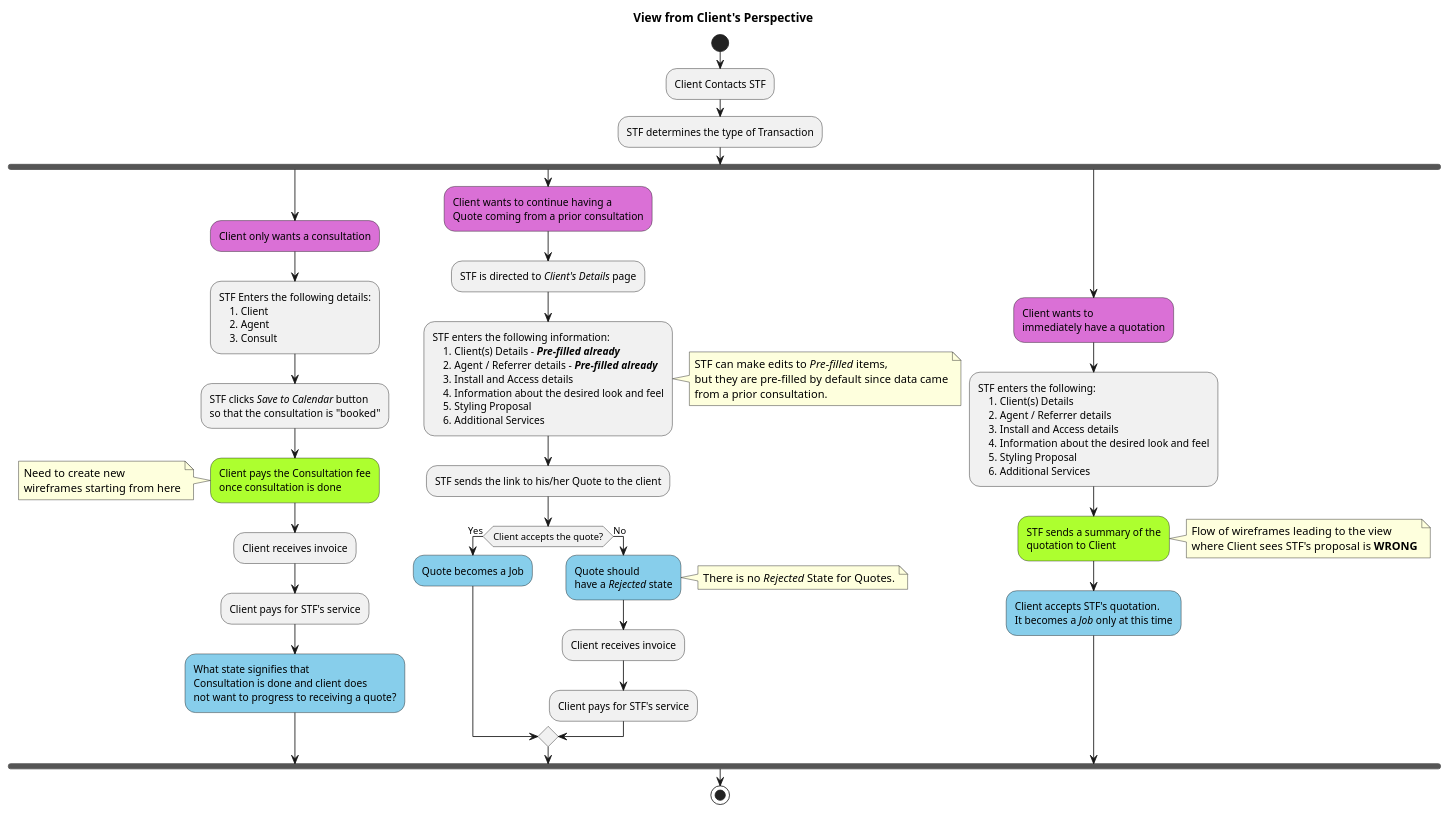
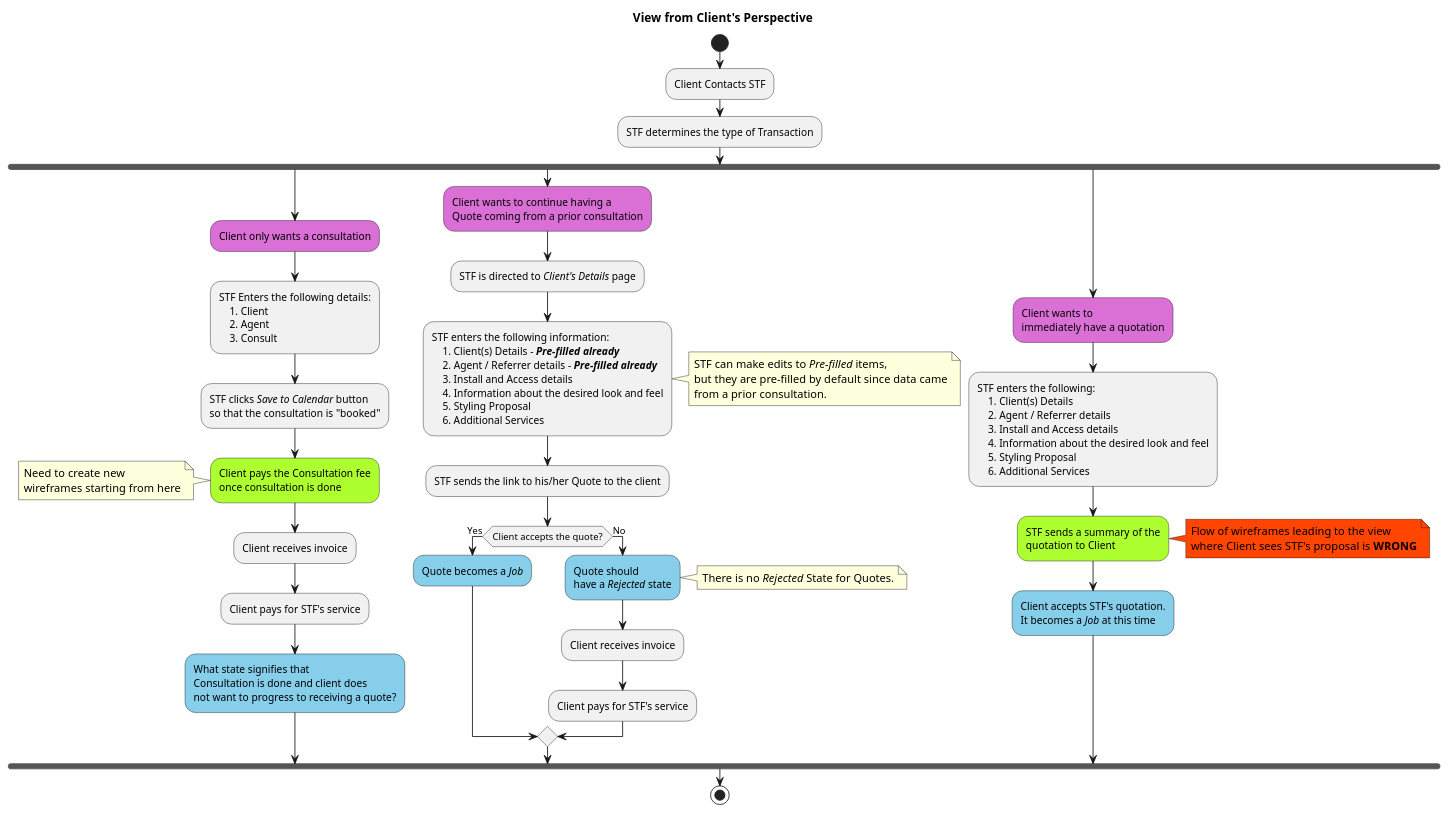
One commit to jpgacrama/NovariSpecs changed the diagram in Client/Client_HighLevelFlow.pu. Above: the diagram before and after it, drawn with PlantUML.

Commit message:
Gave emphasis to some states from Client POV

```diff
--- a/Client/Client_HighLevelFlow.pu
+++ b/Client/Client_HighLevelFlow.pu
@@ -7,89 +7,89 @@
 @startuml
     title View from Client's Perspective
     start
     :Client Contacts STF;
     :STF determines the type of Transaction;
 
     fork
         #Orchid:Client only wants a consultation;
         :STF Enters the following details:
             1. Client
             2. Agent
             3. Consult;
         :STF clicks //Save to Calendar// button
         so that the consultation is "booked";
         
         #GreenYellow:Client pays the Consultation fee
         once consultation is done;
 
         note left
             Need to create new
             wireframes starting from here
         end note
 
         :Client receives invoice;
         :Client pays for STF's service;
         #SkyBlue:What state signifies that
         Consultation is done and client does
         not want to progress to receiving a quote?;
     
     fork again
         #Orchid:Client wants to continue having a
         Quote coming from a prior consultation;
 
         :STF is directed to //Client's Details// page;
         :STF enters the following information:
             1. Client(s) Details - **//Pre-filled already//**
             2. Agent / Referrer details - **//Pre-filled already//**
             3. Install and Access details
             4. Information about the desired look and feel
             5. Styling Proposal
             6. Additional Services;
 
         note right
             STF can make edits to //Pre-filled// items,
             but they are pre-filled by default since data came
             from a prior consultation.
         end note
 
         :STF sends the link to his/her Quote to the client;
 
         if (Client accepts the quote?) then (Yes)
-            #SkyBlue:Quote becomes a Job;
+            #SkyBlue:Quote becomes a //Job//;
         else (No)
             #SkyBlue:Quote should
             have a //Rejected// state;
 
             note right
                 There is no //Rejected// State for Quotes.
             end note
             :Client receives invoice;
             :Client pays for STF's service;
         endif
 
     fork again
         #Orchid:Client wants to
         immediately have a quotation;
 
         :STF enters the following:
             1. Client(s) Details
             2. Agent / Referrer details
             3. Install and Access details
             4. Information about the desired look and feel
             5. Styling Proposal
             6. Additional Services;
 
         #GreenYellow:STF sends a summary of the
         quotation to Client;
 
-        note right
+        note right #OrangeRed
             Flow of wireframes leading to the view
             where Client sees STF's proposal is **WRONG**
         end note
 
         #SkyBlue:Client accepts STF's quotation.
-        It becomes a //Job// only at this time;
+        It becomes a //Job// at this time;
     end fork
 
     stop
 @enduml
```
